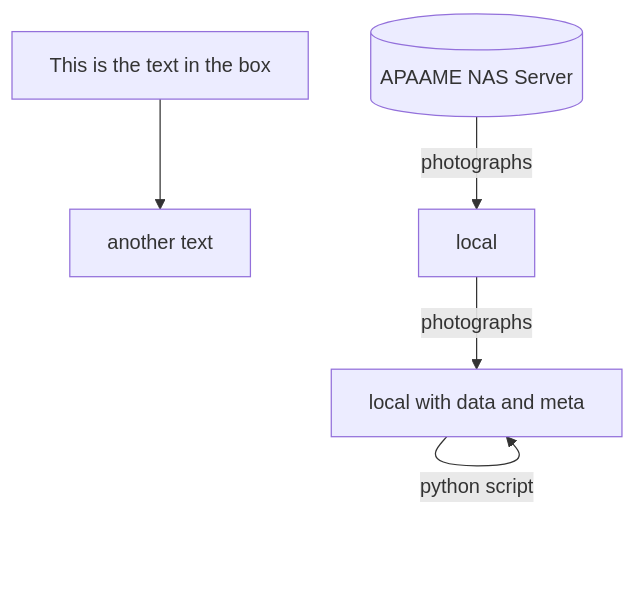
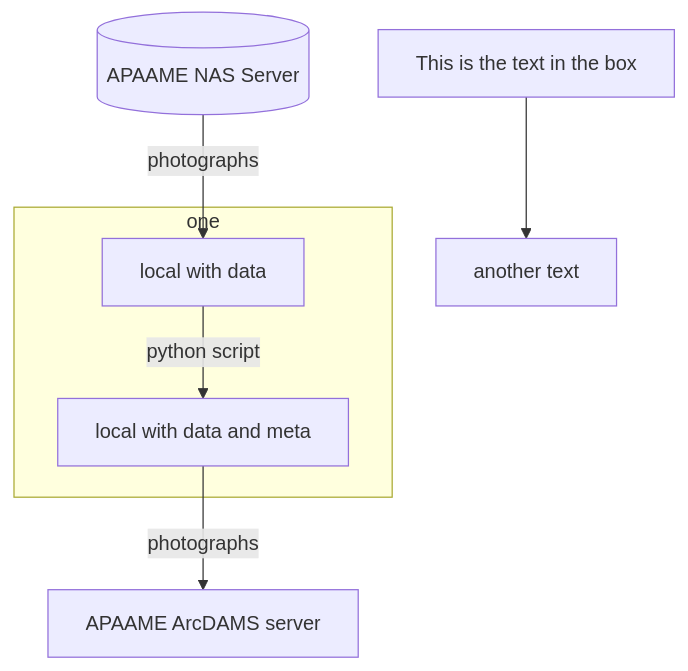
Before and after one commit to eamena-project/eamena-arches-dev: the diagram in projects/apaame-photos/README.md, drawn with Mermaid.

Commit message:
mermaid diag

````diff
--- a/projects/apaame-photos/README.md
+++ b/projects/apaame-photos/README.md
@@ -2,7 +2,9 @@
 ```mermaid
 flowchart TD
     id1[This is the text in the box] --> id2[another text]
-    A[(APAAME NAS Server)] --photographs--> B[local];
-    B --photographs--> C[local with data and meta];
-    C --python script--> C;
+    A[(APAAME NAS Server)] --photographs--> B[local with data];
+    subgraph one
+    B --python script--> C[local with data and meta];
+    end
+    C --photographs--> D[APAAME ArcDAMS server]; 
 ```
````
